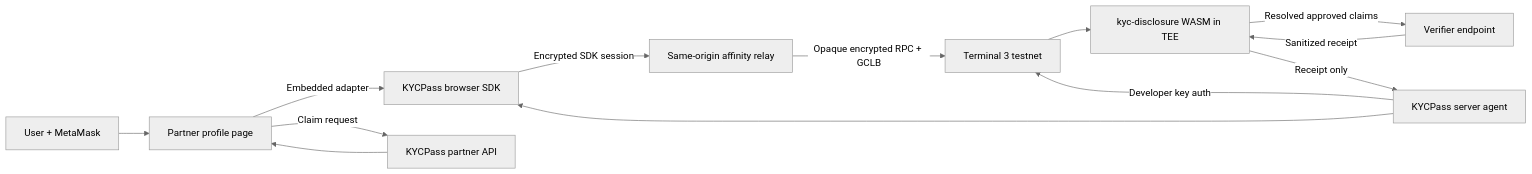
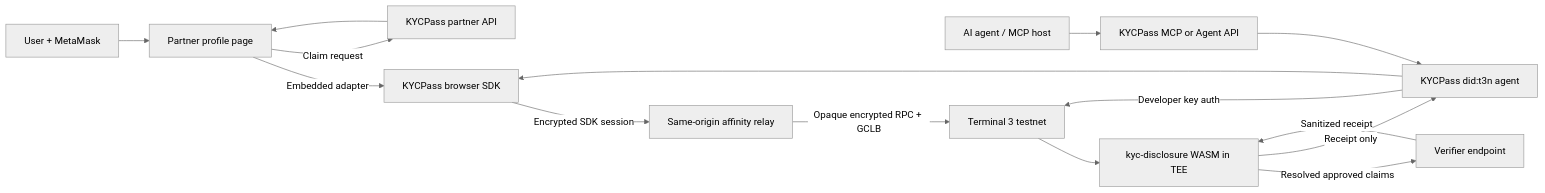
Before and after one commit to adilhusain01/KYCPass: the first of 2 diagrams in docs/ARCHITECTURE.md, drawn with Mermaid (neutral theme). The commit also changed other lines of this file and 23 other files, not shown here.

````diff
--- a/docs/ARCHITECTURE.md
+++ b/docs/ARCHITECTURE.md
@@ -5,15 +5,17 @@
 ```mermaid
 flowchart LR
     U["User + MetaMask"] --> RP["Partner profile page"]
+    AI["AI agent / MCP host"] --> M["KYCPass MCP or Agent API"]
+    M --> S["KYCPass did:t3n agent"]
     RP -->|"Embedded adapter"| B["KYCPass browser SDK"]
     RP -->|"Claim request"| API["KYCPass partner API"]
     API --> RP
     B -->|"Encrypted SDK session"| P["Same-origin affinity relay"]
     P -->|"Opaque encrypted RPC + GCLB"| T3["Terminal 3 testnet"]
-    S["KYCPass server agent"] -->|"Developer key auth"| T3
+    S -->|"Developer key auth"| T3
     T3 --> C["kyc-disclosure WASM in TEE"]
     C -->|"Resolved approved claims"| V["Verifier endpoint"]
     V -->|"Sanitized receipt"| C
     C -->|"Receipt only"| S
     S --> B
 ```
````
